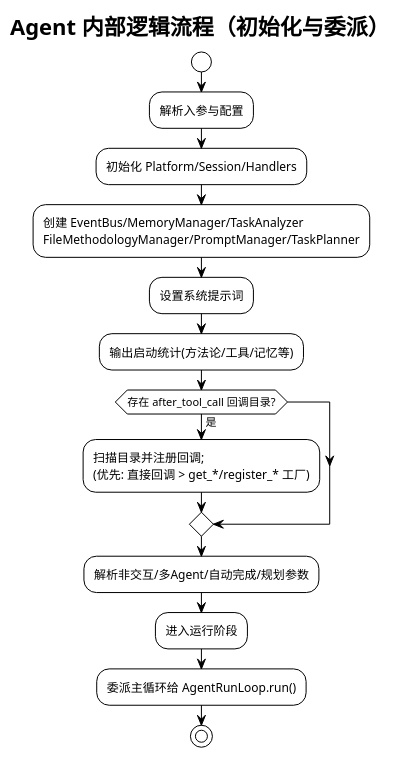
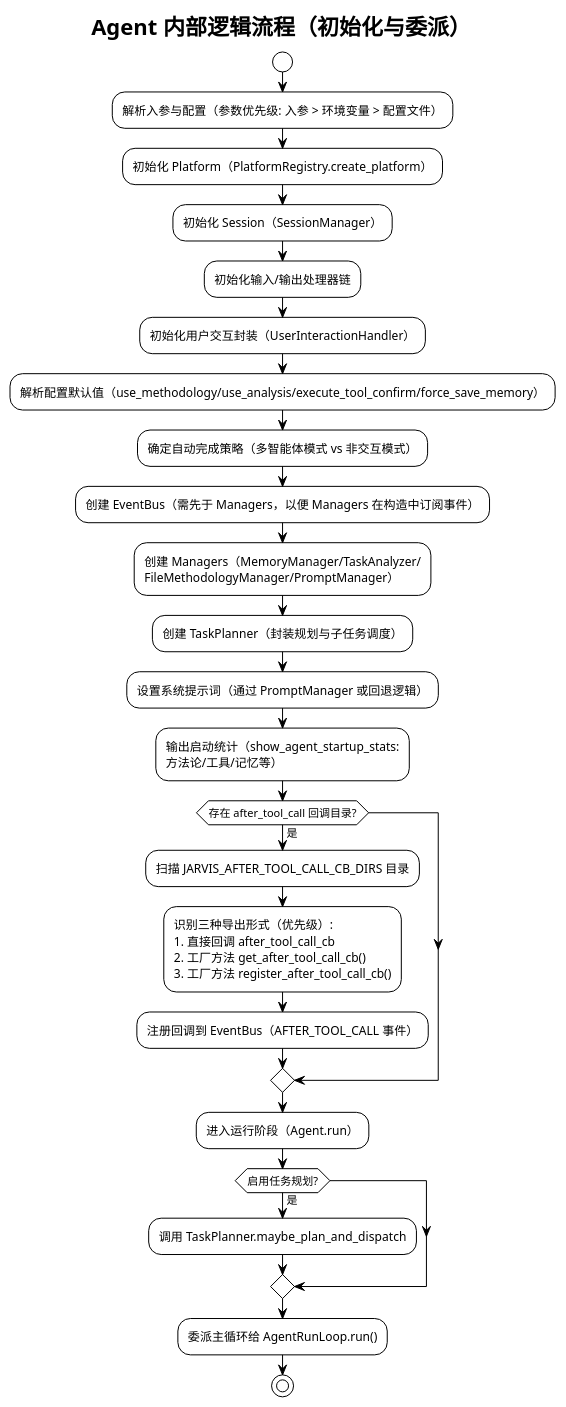
The third of 60 diagrams in 技术报告.md (skyfireitdiy/Jarvis), drawn with PlantUML before and after one commit. The commit also changed other lines of this file, not shown here.

````diff
--- a/技术报告.md
+++ b/技术报告.md
@@ -213,20 +244,31 @@
 ```plantuml
 @startuml
 !theme plain
 title Agent 内部逻辑流程（初始化与委派）
 
 start
-:解析入参与配置;
-:初始化 Platform/Session/Handlers;
-:创建 EventBus/MemoryManager/TaskAnalyzer\nFileMethodologyManager/PromptManager/TaskPlanner;
-:设置系统提示词;
-:输出启动统计(方法论/工具/记忆等);
+:解析入参与配置（参数优先级: 入参 > 环境变量 > 配置文件）;
+:初始化 Platform（PlatformRegistry.create_platform）;
+:初始化 Session（SessionManager）;
+:初始化输入/输出处理器链;
+:初始化用户交互封装（UserInteractionHandler）;
+:解析配置默认值（use_methodology/use_analysis/execute_tool_confirm/force_save_memory）;
+:确定自动完成策略（多智能体模式 vs 非交互模式）;
+:创建 EventBus（需先于 Managers，以便 Managers 在构造中订阅事件）;
+:创建 Managers（MemoryManager/TaskAnalyzer/\nFileMethodologyManager/PromptManager）;
+:创建 TaskPlanner（封装规划与子任务调度）;
+:设置系统提示词（通过 PromptManager 或回退逻辑）;
+:输出启动统计（show_agent_startup_stats:\n方法论/工具/记忆等）;
 if (存在 after_tool_call 回调目录?) then (是)
-  :扫描目录并注册回调;\n(优先: 直接回调 > get_*/register_* 工厂);
+  :扫描 JARVIS_AFTER_TOOL_CALL_CB_DIRS 目录;
+  :识别三种导出形式（优先级）:\n1. 直接回调 after_tool_call_cb\n2. 工厂方法 get_after_tool_call_cb()\n3. 工厂方法 register_after_tool_call_cb();
+  :注册回调到 EventBus（AFTER_TOOL_CALL 事件）;
 endif
-:解析非交互/多Agent/自动完成/规划参数;
-:进入运行阶段;
+:进入运行阶段（Agent.run）;
+if (启用任务规划?) then (是)
+  :调用 TaskPlanner.maybe_plan_and_dispatch;
+endif
 :委派主循环给 AgentRunLoop.run();
 stop
 @enduml
 ```
````
